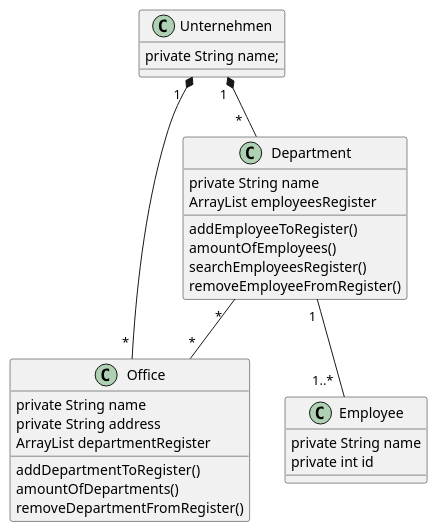
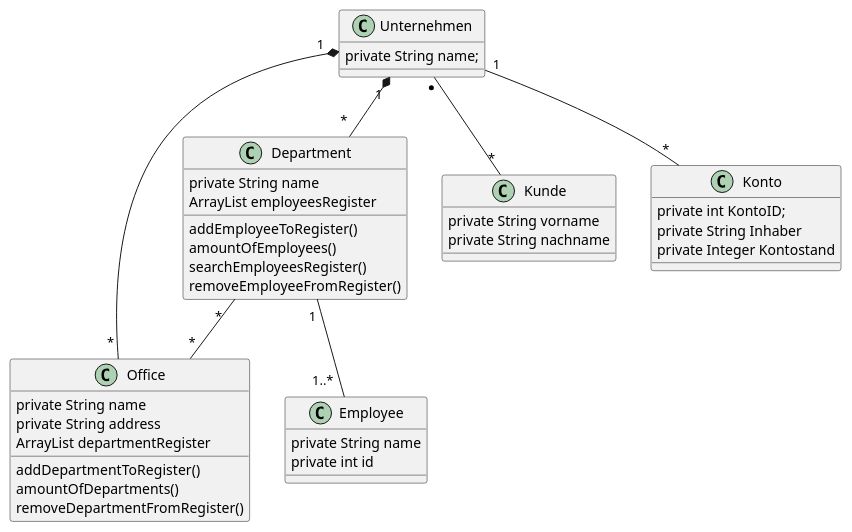
One commit to corisc/Vod_a_Code changed the diagram in 00_bwl/bwl/src/bwl/oo/paket10/paket10UML.puml. Above: the diagram before and after it, drawn with PlantUML. The commit also changed 11 other files, not shown here.

```diff
--- a/00_bwl/bwl/src/bwl/oo/paket10/paket10UML.puml
+++ b/00_bwl/bwl/src/bwl/oo/paket10/paket10UML.puml
@@ -2,37 +2,50 @@
 @startuml
 'https://plantuml.com/class-diagram
 
 class Unternehmen {
     private String name;
 }
 class Department{
     private String name
     ArrayList employeesRegister
 
     addEmployeeToRegister()
     amountOfEmployees()
     searchEmployeesRegister()
     removeEmployeeFromRegister()
 }
 
 class Office{
     private String name
     private String address
     ArrayList departmentRegister
 
     addDepartmentToRegister()
     amountOfDepartments()
     removeDepartmentFromRegister()
 }
 
 class Employee{
     private String name
     private int id
 }
 
-Unternehmen "1 " *-- " *   " Department
+class Kunde{
+    private String vorname
+    private String nachname
+}
+
+class Konto{
+    private int KontoID;
+    private String Inhaber
+    private Integer Kontostand
+}
+
+Unternehmen "1  " -- " *" Konto
+Unternehmen "*  " -- "*" Kunde
+Unternehmen "1 " *-- " *  " Department
 Unternehmen "1  " *-- " * " Office
 Department "1 " -- "1..*  " Employee
 Department " *  " -- "*" Office
 
 @enduml
```
